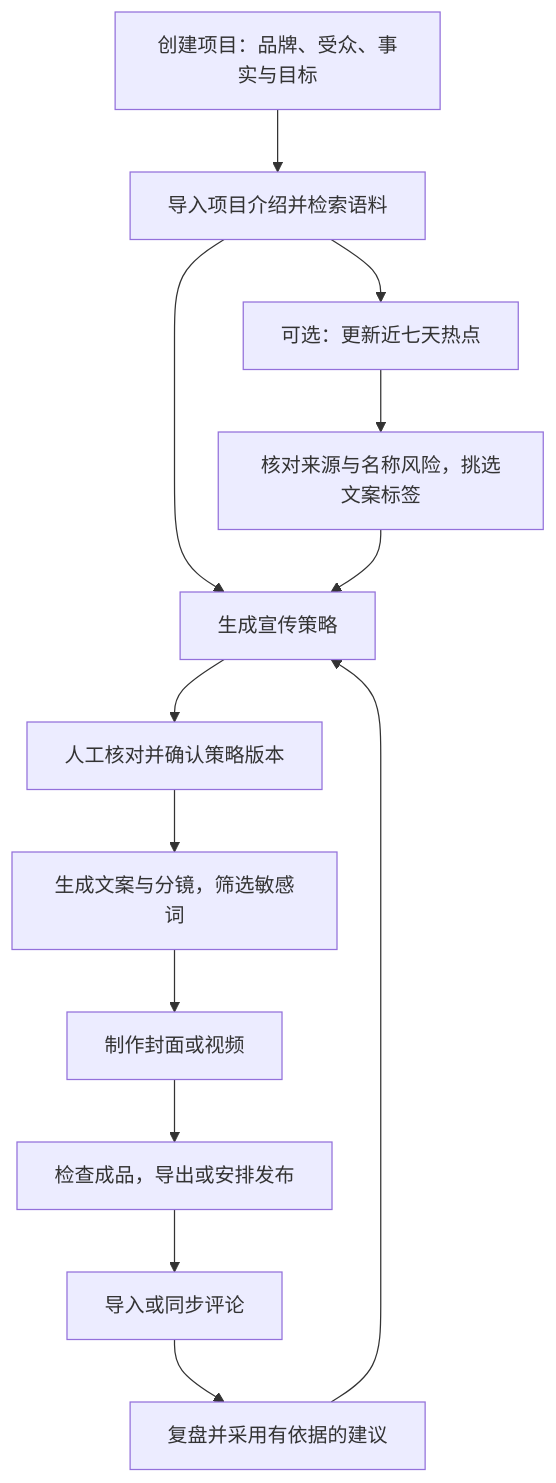
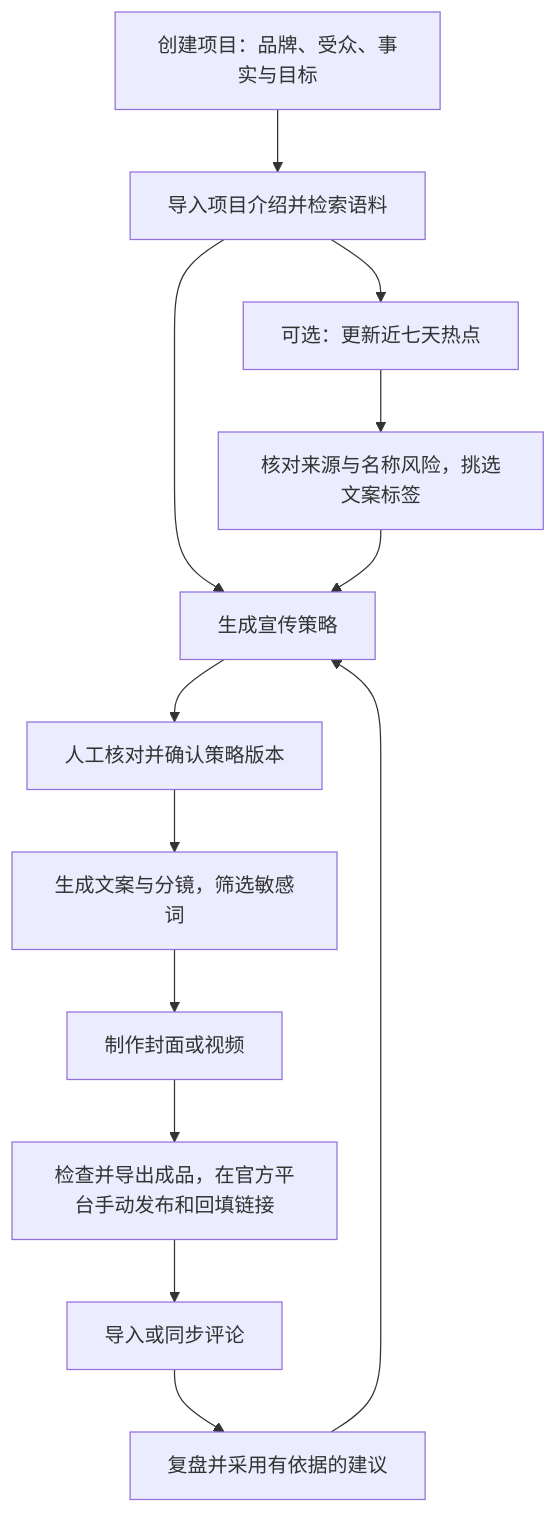
One commit to JerryCoal/shengzhang-studio changed the diagram in README.md. Above: the diagram before and after it, drawn with Mermaid. The commit also changed other lines of this file and 39 other files, not shown here.

````diff
--- a/README.md
+++ b/README.md
@@ -47,15 +45,15 @@
 ```mermaid
 flowchart TD
     A[创建项目：品牌、受众、事实与目标] --> B[导入项目介绍并检索语料]
     B --> C[可选：更新近七天热点]
     C --> D[核对来源与名称风险，挑选文案标签]
     B --> E[生成宣传策略]
     D --> E
     E --> F[人工核对并确认策略版本]
     F --> G[生成文案与分镜，筛选敏感词]
     G --> H[制作封面或视频]
-    H --> I[检查成品，导出或安排发布]
+    H --> I[检查并导出成品，在官方平台手动发布和回填链接]
     I --> J[导入或同步评论]
     J --> K[复盘并采用有依据的建议]
     K --> E
 ```
````
